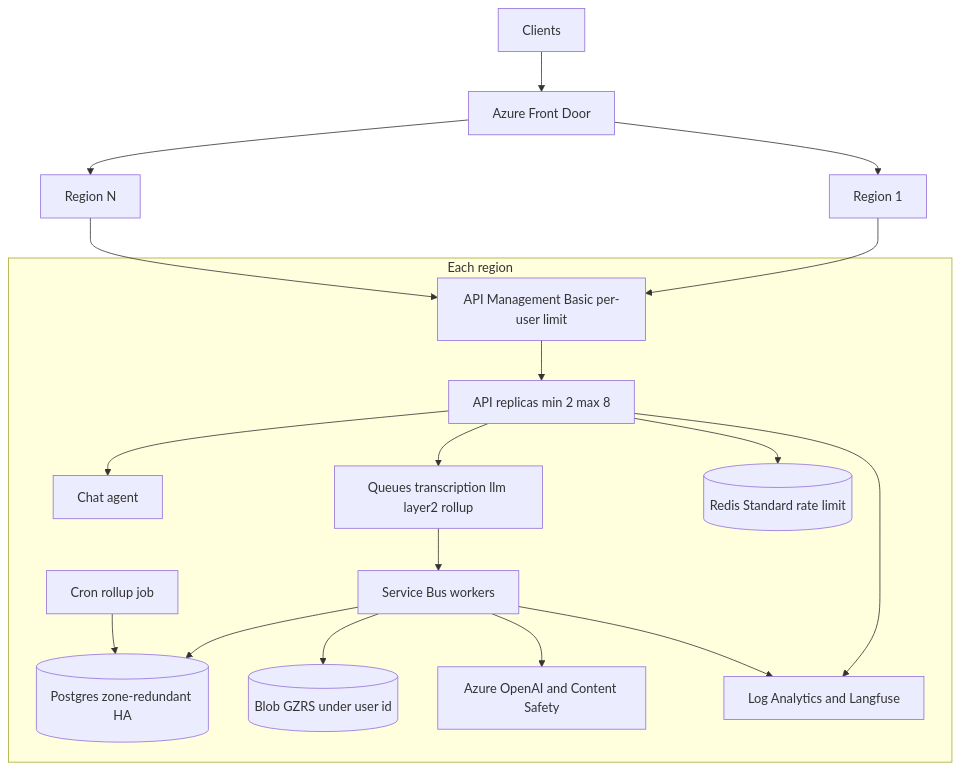
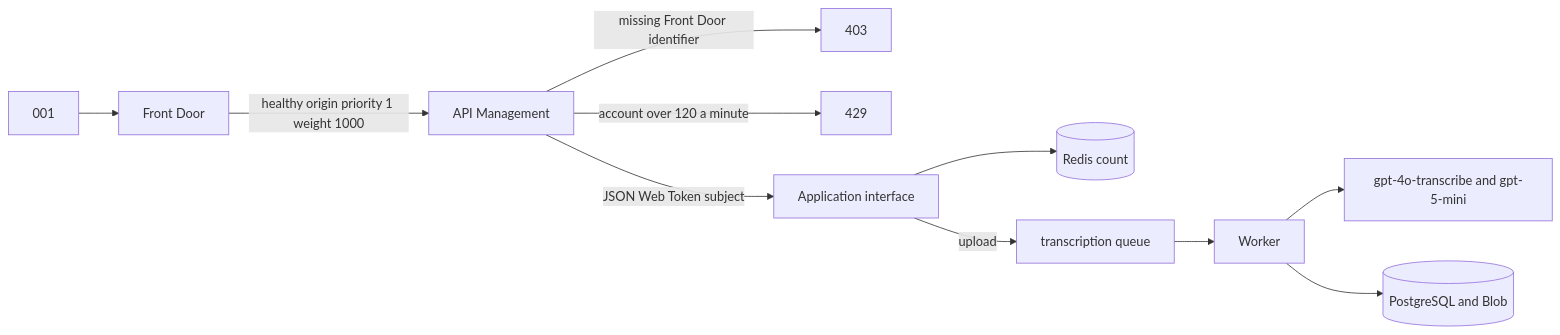
The first of 7 diagrams in docs/scaling.md (highprincezero/wn-voice-analytics), drawn with Mermaid before and after one commit. The commit also changed other lines of this file and 25 other files, not shown here.

````diff
--- a/docs/scaling.md
+++ b/docs/scaling.md
@@ -9,34 +24,13 @@
 ```mermaid
-flowchart TB
-  users[Clients] --> fd[Azure Front Door]
-  fd --> r1[Region 1]
-  fd --> rn[Region N]
-
-  subgraph regionBox [Each region]
-    apim[API Management Basic per-user limit]
-    api[API replicas min 2 max 8]
-    chat[Chat agent]
-    queues[Queues transcription llm layer2 rollup]
-    workers[Service Bus workers]
-    rollup[Cron rollup job]
-    db[(Postgres zone-redundant HA)]
-    blob[(Blob GZRS under user id)]
-    cache[(Redis Standard rate limit)]
-    oai[Azure OpenAI and Content Safety]
-    obs[Log Analytics and Langfuse]
-  end
-
-  r1 --> apim
-  rn --> apim
-  apim --> api
-  api --> chat
-  api --> cache
-  api --> queues
-  queues --> workers
-  workers --> db
-  workers --> blob
-  workers --> oai
-  rollup --> db
-  api --> obs
-  workers --> obs
+flowchart LR
+  id001[001] --> fd[Front Door]
+  fd -->|healthy origin priority 1 weight 1000| apim[API Management]
+  apim -->|missing Front Door identifier| deny[403]
+  apim -->|account over 120 a minute| limited[429]
+  apim -->|JSON Web Token subject| api[Application interface]
+  api --> redis[(Redis count)]
+  api -->|upload| q[transcription queue]
+  q --> worker[Worker]
+  worker --> models[gpt-4o-transcribe and gpt-5-mini]
+  worker --> store[(PostgreSQL and Blob)]
 ```
````
